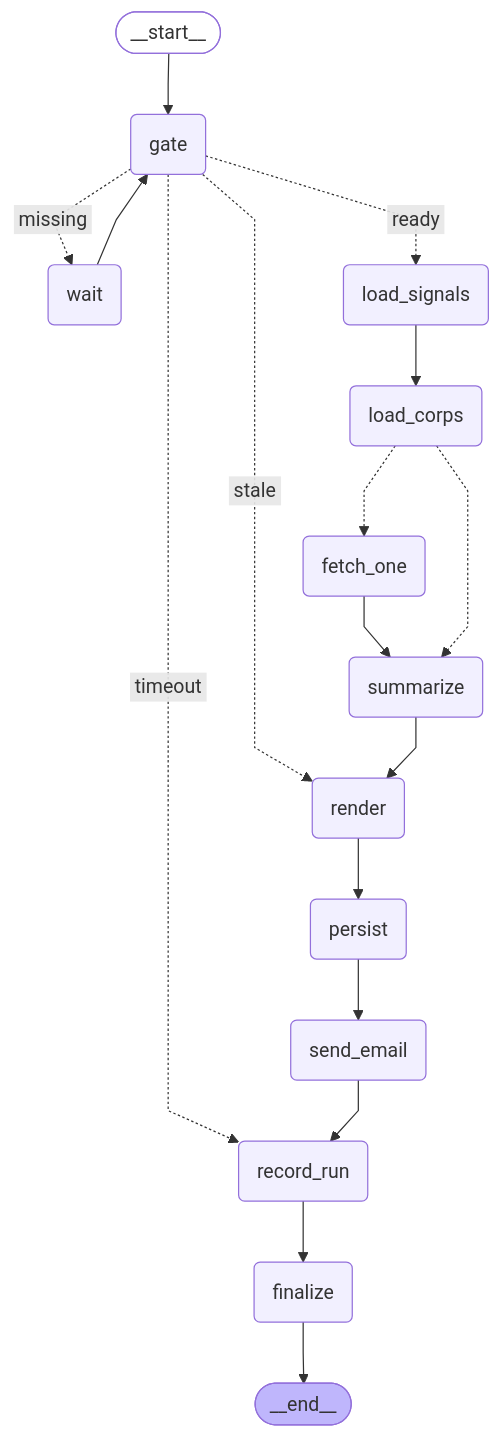
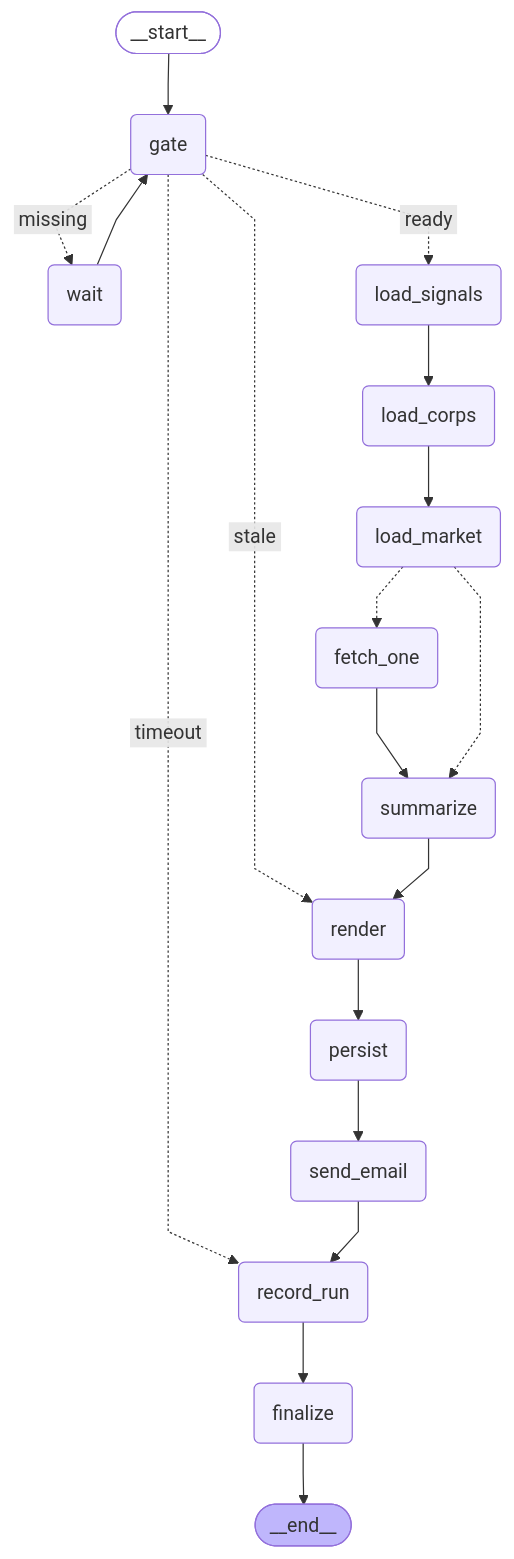
The diagram in docs/GRAPH.md (daehyub71/krx-signal-briefing), drawn with Mermaid before and after one commit. The commit also changed 32 other files, not shown here.

````diff
--- a/docs/GRAPH.md
+++ b/docs/GRAPH.md
@@ -9,40 +9,42 @@
 ```mermaid
 ---
 config:
   flowchart:
     curve: linear
 ---
 graph TD;
 	__start__([<p>__start__</p>]):::first
 	gate(gate)
 	wait(wait)
 	load_signals(load_signals)
 	load_corps(load_corps)
+	load_market(load_market)
 	fetch_one(fetch_one)
 	summarize(summarize)
 	render(render)
 	persist(persist)
 	send_email(send_email)
 	record_run(record_run)
 	finalize(finalize)
 	__end__([<p>__end__</p>]):::last
 	__start__ --> gate;
 	fetch_one --> summarize;
 	gate -. &nbsp;ready&nbsp; .-> load_signals;
 	gate -. &nbsp;timeout&nbsp; .-> record_run;
 	gate -. &nbsp;stale&nbsp; .-> render;
 	gate -. &nbsp;missing&nbsp; .-> wait;
-	load_corps -.-> fetch_one;
-	load_corps -.-> summarize;
+	load_corps --> load_market;
+	load_market -.-> fetch_one;
+	load_market -.-> summarize;
 	load_signals --> load_corps;
 	persist --> send_email;
 	record_run --> finalize;
 	render --> persist;
 	send_email --> record_run;
 	summarize --> render;
 	wait --> gate;
 	finalize --> __end__;
 	classDef default fill:#f2f0ff,line-height:1.2
 	classDef first fill-opacity:0
 	classDef last fill:#bfb6fc
 ```
````
